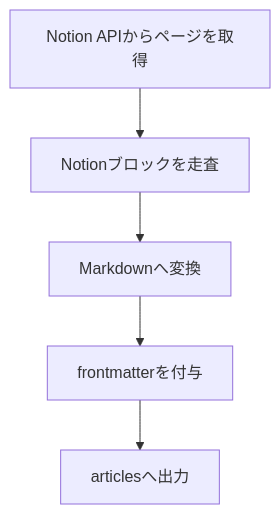
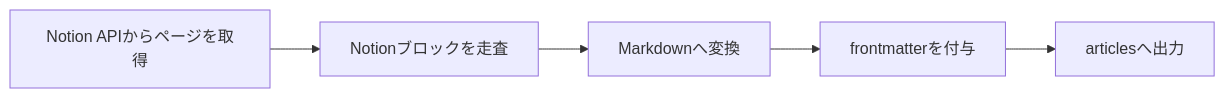
Before and after one commit to gen740/zenn: the third of 4 diagrams in articles/392c9702-a775-8101-9cec-d49b4240186e.md, drawn with Mermaid. The commit also changed other lines of this file and 1 other file, not shown here.

````diff
--- a/articles/392c9702-a775-8101-9cec-d49b4240186e.md
+++ b/articles/392c9702-a775-8101-9cec-d49b4240186e.md
@@ -111,7 +128,7 @@
 ```mermaid
-flowchart TD
+flowchart LR
     A[Notion APIからページを取得] --> B[Notionブロックを走査]
     B --> C[Markdownへ変換]
     C --> D[frontmatterを付与]
     D --> E[articlesへ出力]
 ```
````
